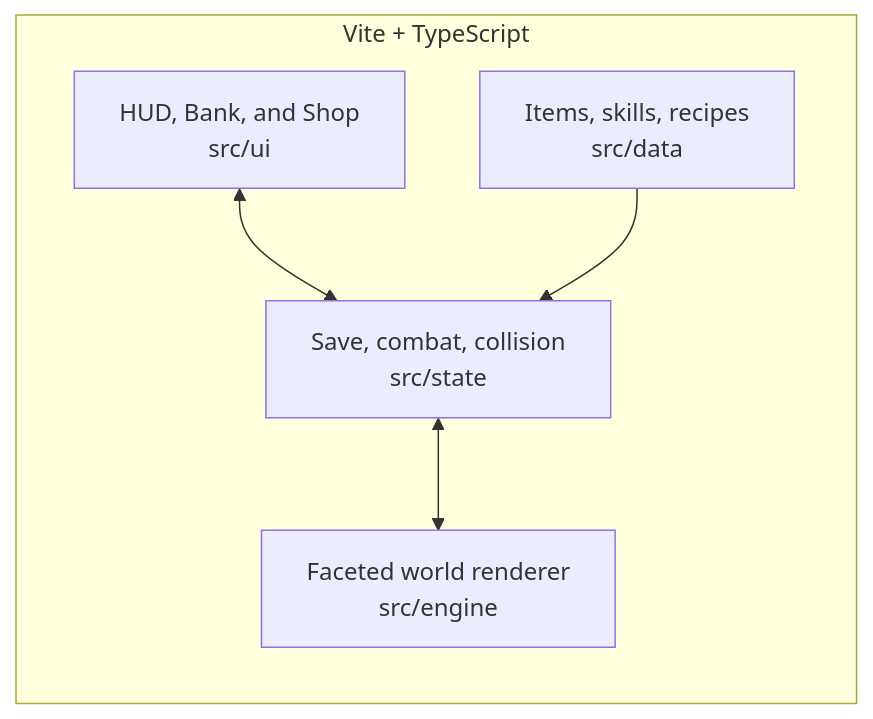
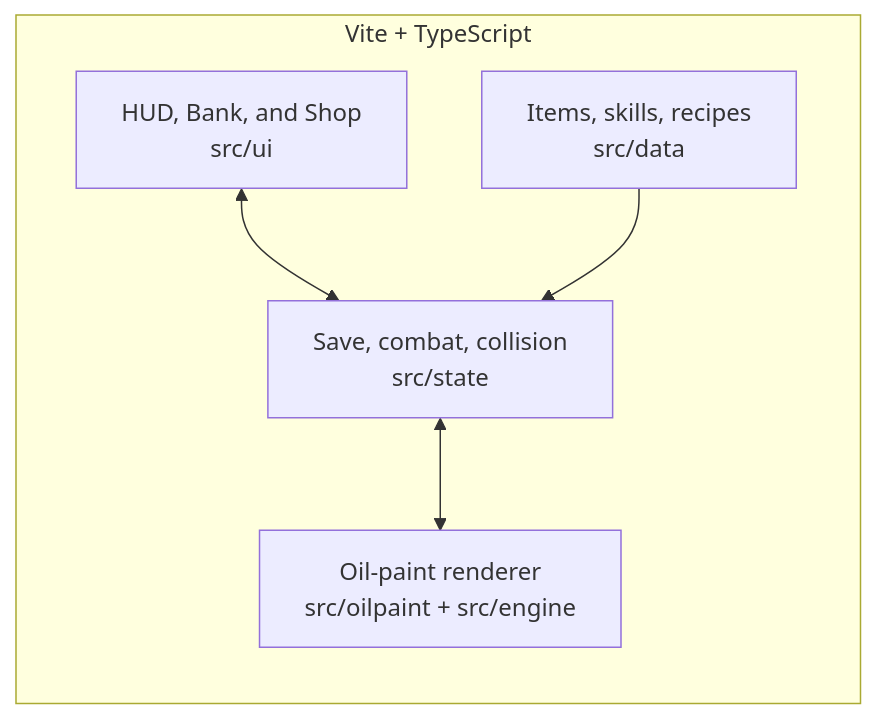
The diagram in README.md (allansli/osrs-like), drawn with Mermaid before and after one commit. The commit also changed other lines of this file and 31 other files, not shown here.

First line of the commit message:
feat: paint the start of the game with Blendi's oil renderer

````diff
--- a/README.md
+++ b/README.md
@@ -100,13 +100,13 @@
 ```mermaid
 flowchart LR
   subgraph Client["Vite + TypeScript"]
     UI["HUD, Bank, and Shop\nsrc/ui"]
     DATA["Items, skills, recipes\nsrc/data"]
     STATE["Save, combat, collision\nsrc/state"]
-    ENGINE["Faceted world renderer\nsrc/engine"]
+    ENGINE["Oil-paint renderer\nsrc/oilpaint + src/engine"]
   end
 
   UI <--> STATE
   DATA --> STATE
   STATE <--> ENGINE
 ```
````
